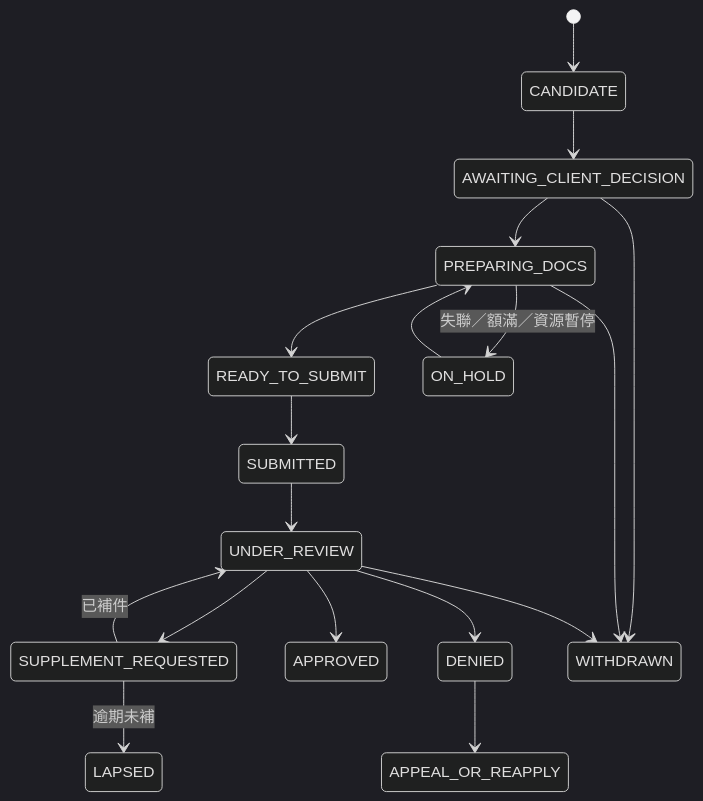
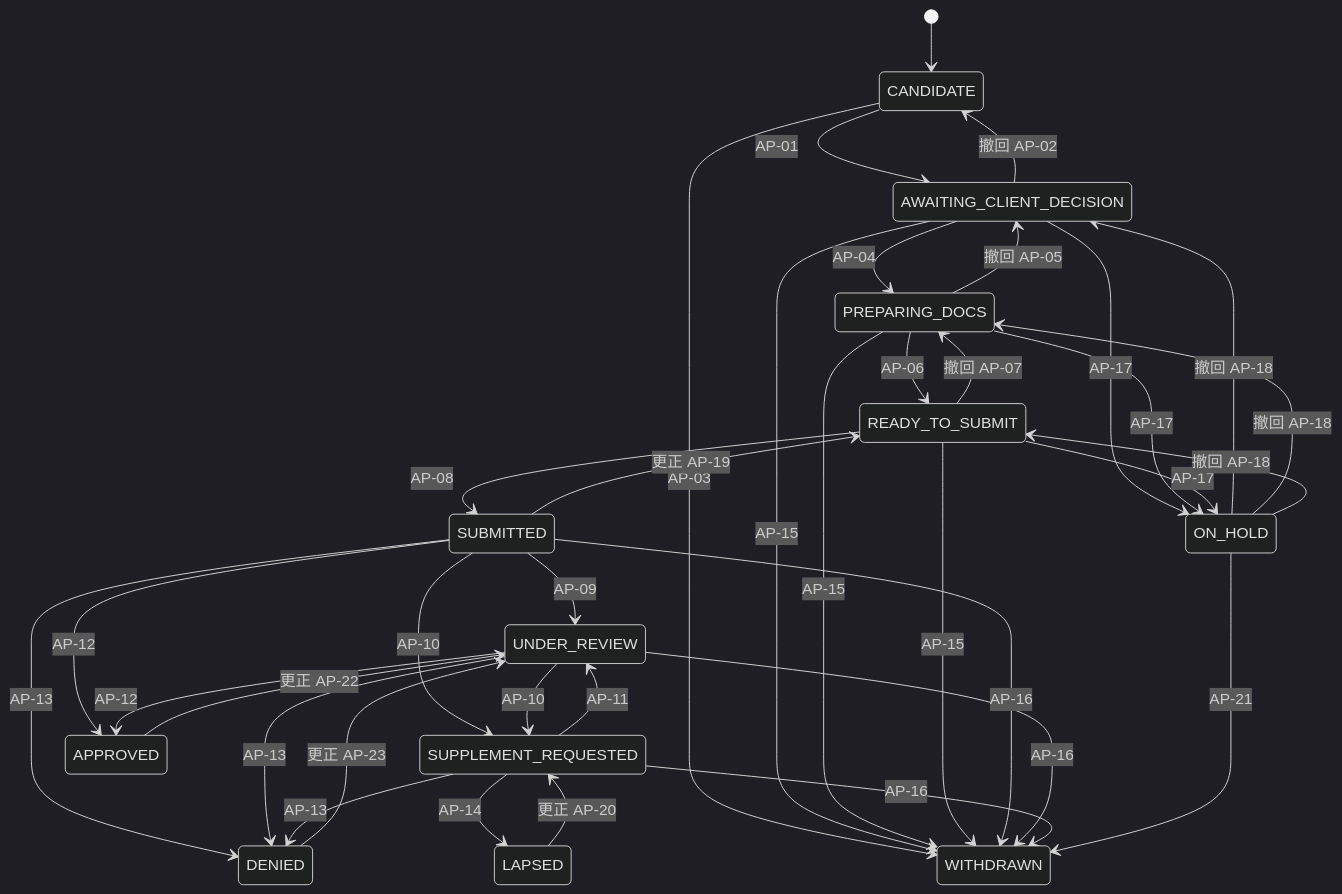
One commit to firekou/SaveThePeople changed the fourth of 7 diagrams in docs/platform/DATA_MODEL_AND_STATE_MACHINES.md. Above: the diagram before and after it, drawn with Mermaid (dark theme). The commit also changed other lines of this file and 22 other files, not shown here.

````diff
--- a/docs/platform/DATA_MODEL_AND_STATE_MACHINES.md
+++ b/docs/platform/DATA_MODEL_AND_STATE_MACHINES.md
@@ -433,20 +602,39 @@
 ```mermaid
 stateDiagram-v2
   [*] --> CANDIDATE
-  CANDIDATE --> AWAITING_CLIENT_DECISION
-  AWAITING_CLIENT_DECISION --> PREPARING_DOCS
-  PREPARING_DOCS --> READY_TO_SUBMIT
-  READY_TO_SUBMIT --> SUBMITTED
-  SUBMITTED --> UNDER_REVIEW
-  UNDER_REVIEW --> SUPPLEMENT_REQUESTED
-  SUPPLEMENT_REQUESTED --> UNDER_REVIEW: 已補件
-  UNDER_REVIEW --> APPROVED
-  UNDER_REVIEW --> DENIED
-  SUPPLEMENT_REQUESTED --> LAPSED: 逾期未補
-  AWAITING_CLIENT_DECISION --> WITHDRAWN
-  PREPARING_DOCS --> WITHDRAWN
-  UNDER_REVIEW --> WITHDRAWN
-  PREPARING_DOCS --> ON_HOLD: 失聯／額滿／資源暫停
-  ON_HOLD --> PREPARING_DOCS
-  DENIED --> APPEAL_OR_REAPPLY
+  CANDIDATE --> AWAITING_CLIENT_DECISION: AP-01
+  AWAITING_CLIENT_DECISION --> CANDIDATE: 撤回 AP-02
+  CANDIDATE --> WITHDRAWN: AP-03
+  AWAITING_CLIENT_DECISION --> PREPARING_DOCS: AP-04
+  PREPARING_DOCS --> AWAITING_CLIENT_DECISION: 撤回 AP-05
+  PREPARING_DOCS --> READY_TO_SUBMIT: AP-06
+  READY_TO_SUBMIT --> PREPARING_DOCS: 撤回 AP-07
+  READY_TO_SUBMIT --> SUBMITTED: AP-08
+  SUBMITTED --> UNDER_REVIEW: AP-09
+  SUBMITTED --> SUPPLEMENT_REQUESTED: AP-10
+  UNDER_REVIEW --> SUPPLEMENT_REQUESTED: AP-10
+  SUPPLEMENT_REQUESTED --> UNDER_REVIEW: AP-11
+  SUBMITTED --> APPROVED: AP-12
+  UNDER_REVIEW --> APPROVED: AP-12
+  SUBMITTED --> DENIED: AP-13
+  UNDER_REVIEW --> DENIED: AP-13
+  SUPPLEMENT_REQUESTED --> DENIED: AP-13
+  SUPPLEMENT_REQUESTED --> LAPSED: AP-14
+  AWAITING_CLIENT_DECISION --> WITHDRAWN: AP-15
+  PREPARING_DOCS --> WITHDRAWN: AP-15
+  READY_TO_SUBMIT --> WITHDRAWN: AP-15
+  SUBMITTED --> WITHDRAWN: AP-16
+  UNDER_REVIEW --> WITHDRAWN: AP-16
+  SUPPLEMENT_REQUESTED --> WITHDRAWN: AP-16
+  AWAITING_CLIENT_DECISION --> ON_HOLD: AP-17
+  PREPARING_DOCS --> ON_HOLD: AP-17
+  READY_TO_SUBMIT --> ON_HOLD: AP-17
+  ON_HOLD --> AWAITING_CLIENT_DECISION: 撤回 AP-18
+  ON_HOLD --> PREPARING_DOCS: 撤回 AP-18
+  ON_HOLD --> READY_TO_SUBMIT: 撤回 AP-18
+  SUBMITTED --> READY_TO_SUBMIT: 更正 AP-19
+  LAPSED --> SUPPLEMENT_REQUESTED: 更正 AP-20
+  ON_HOLD --> WITHDRAWN: AP-21
+  APPROVED --> UNDER_REVIEW: 更正 AP-22
+  DENIED --> UNDER_REVIEW: 更正 AP-23
 ```
````
